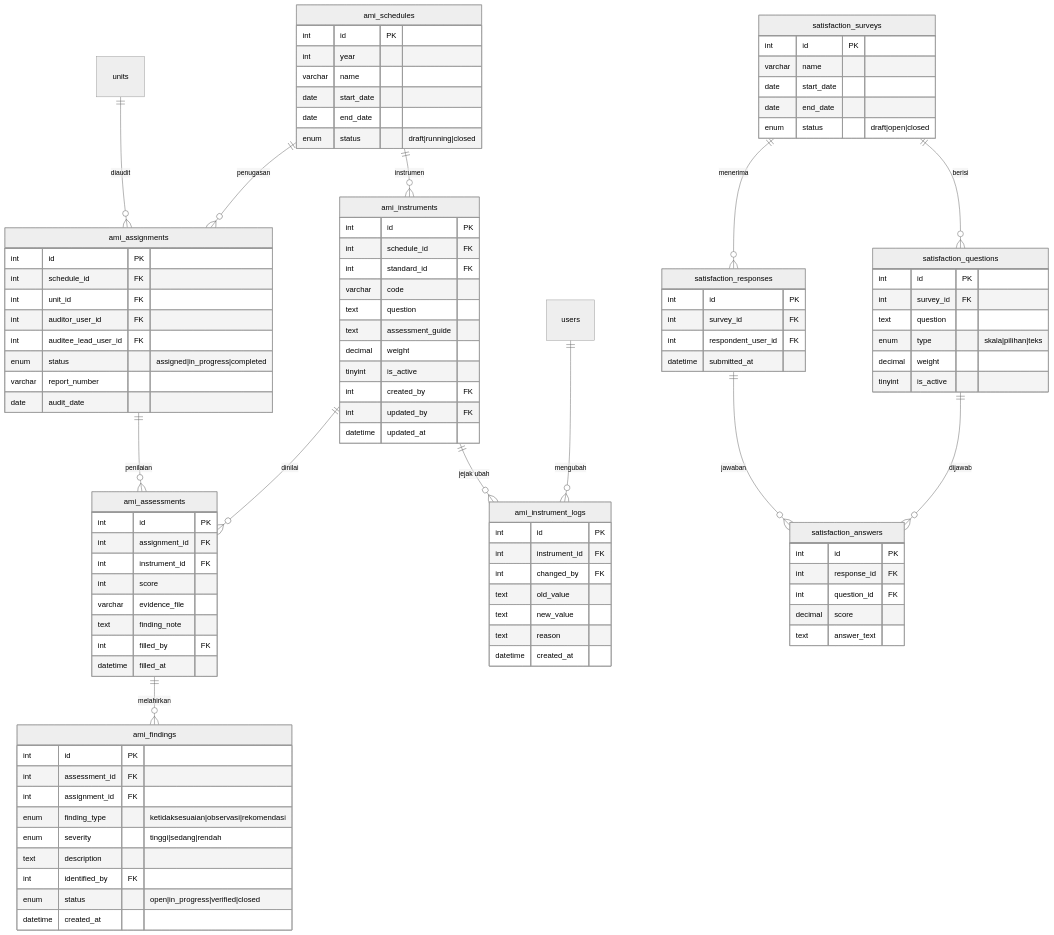
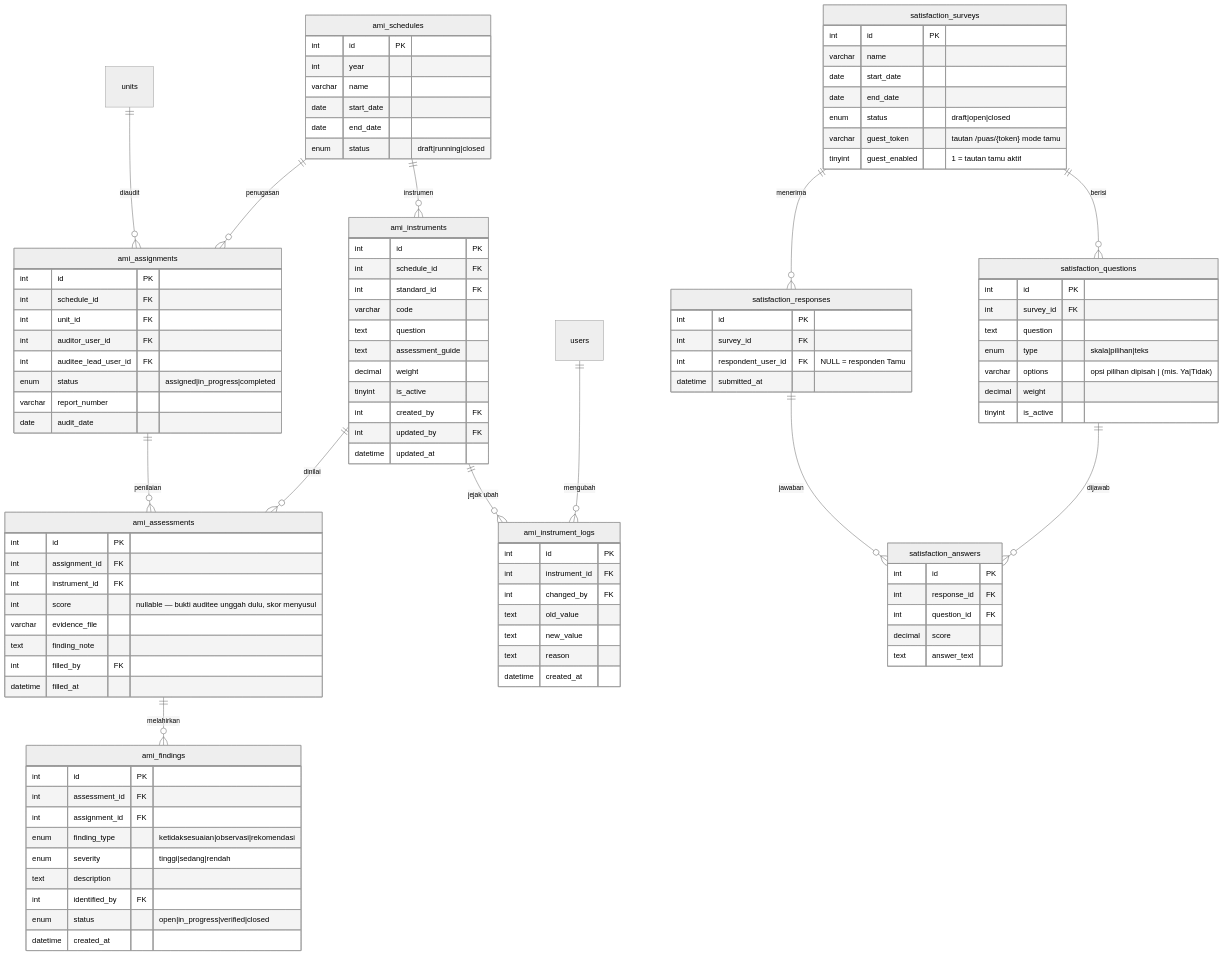
One commit to Gias-Wijaya/spmi-siklus-ppepp changed the third of 5 diagrams in sistem/desain/02-erd.md. Above: the diagram before and after it, drawn with Mermaid (neutral theme). The commit also changed other lines of this file and 52 other files, not shown here.

```diff
--- a/sistem/desain/02-erd.md
+++ b/sistem/desain/02-erd.md
@@ -253,7 +236,7 @@
         int id PK
         int assignment_id FK
         int instrument_id FK
-        int score
+        int score "nullable — bukti auditee unggah dulu, skor menyusul"
         varchar evidence_file
         text finding_note
         int filled_by FK
@@ -276,19 +259,22 @@
         date start_date
         date end_date
         enum status "draft|open|closed"
+        varchar guest_token "tautan /puas/{token} mode tamu"
+        tinyint guest_enabled "1 = tautan tamu aktif"
     }
     satisfaction_questions {
         int id PK
         int survey_id FK
         text question
         enum type "skala|pilihan|teks"
+        varchar options "opsi pilihan dipisah | (mis. Ya|Tidak)"
         decimal weight
         tinyint is_active
     }
     satisfaction_responses {
         int id PK
         int survey_id FK
-        int respondent_user_id FK
+        int respondent_user_id FK "NULL = responden Tamu"
         datetime submitted_at
     }
     satisfaction_answers {
```
